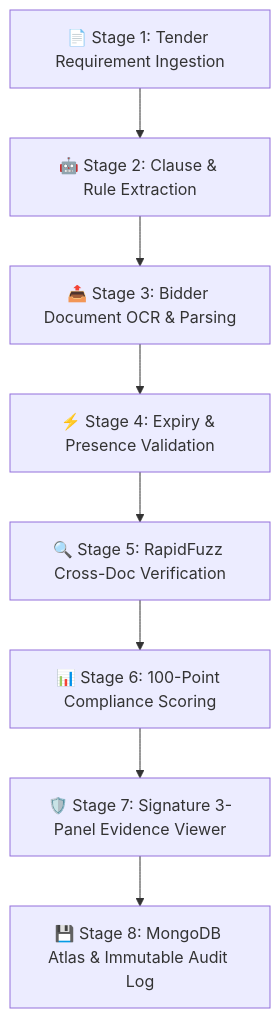
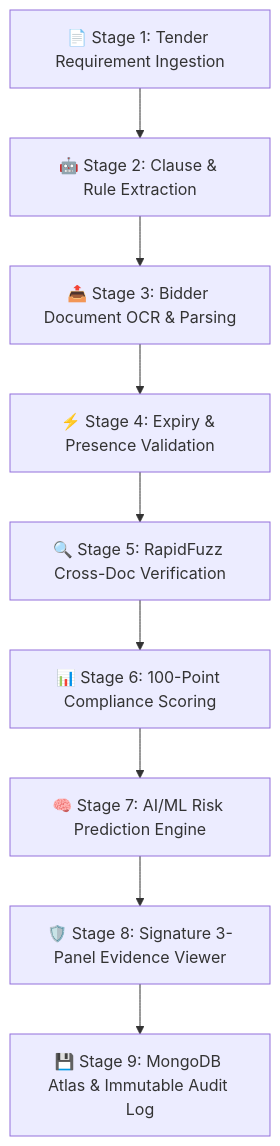
The diagram in README.md (CodewithHammad08/BidSure-AI), drawn with Mermaid before and after one commit. The commit also changed other lines of this file and 1 other file, not shown here.

Commit message:
feat: integrate Python-based Scikit-Learn AI/ML risk prediction engine into procurement workflow

````diff
--- a/README.md
+++ b/README.md
@@ -20,10 +20,11 @@
 ```mermaid
 graph TD
     A["📄 Stage 1: Tender Requirement Ingestion"] --> B["🤖 Stage 2: Clause & Rule Extraction"]
     B --> C["📤 Stage 3: Bidder Document OCR & Parsing"]
     C --> D["⚡ Stage 4: Expiry & Presence Validation"]
     D --> E["🔍 Stage 5: RapidFuzz Cross-Doc Verification"]
     E --> F["📊 Stage 6: 100-Point Compliance Scoring"]
-    F --> G["🛡️ Stage 7: Signature 3-Panel Evidence Viewer"]
-    G --> H["💾 Stage 8: MongoDB Atlas & Immutable Audit Log"]
+    F --> G["🧠 Stage 7: AI/ML Risk Prediction Engine"]
+    G --> H["🛡️ Stage 8: Signature 3-Panel Evidence Viewer"]
+    H --> I["💾 Stage 9: MongoDB Atlas & Immutable Audit Log"]
 ```
````
